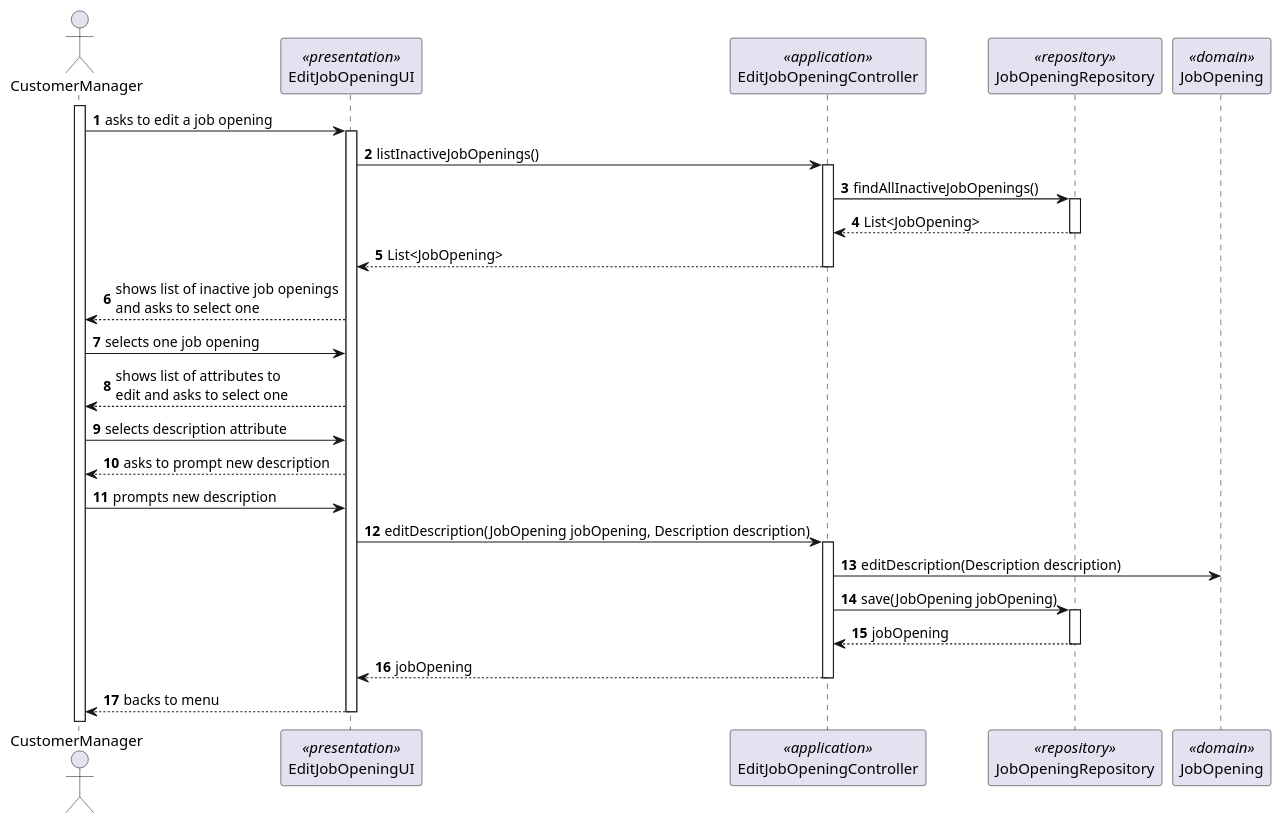
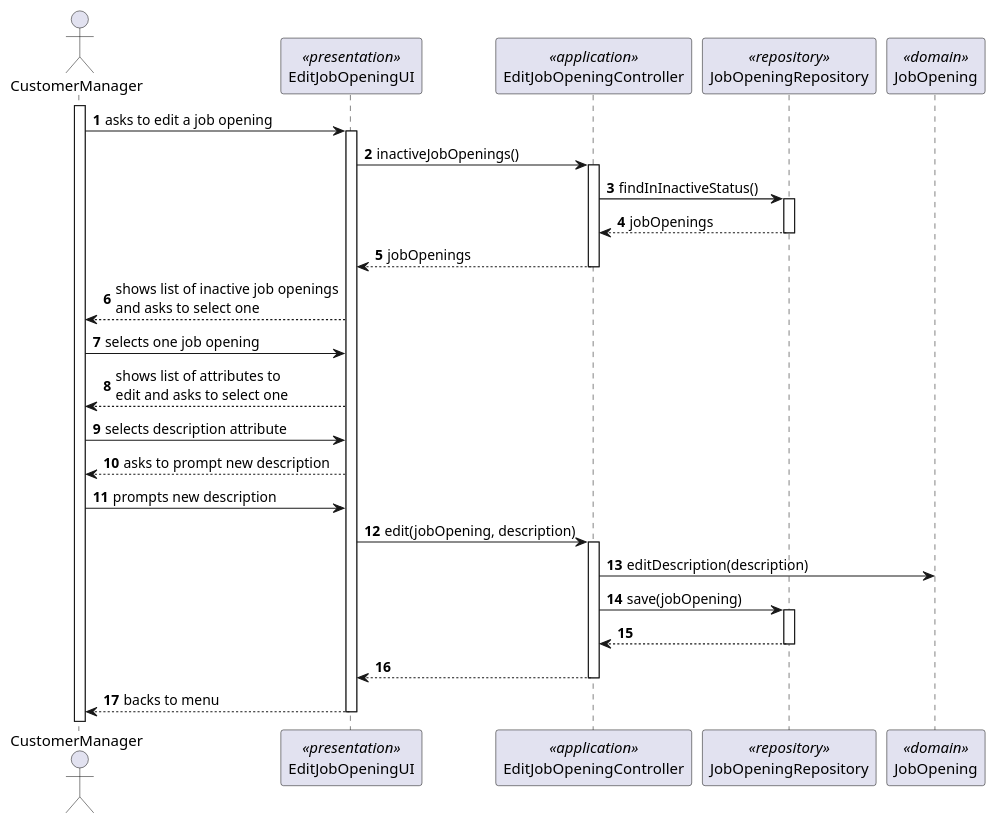
One commit to Rodrick0209/ISEP-SEM4PI-23-24 changed the diagram in docs/SprintC/us1004/SD/SD-Edit-Description.puml. Above: the diagram before and after it, drawn with PlantUML. The commit also changed 15 other files, not shown here.

```diff
--- a/docs/SprintC/us1004/SD/SD-Edit-Description.puml
+++ b/docs/SprintC/us1004/SD/SD-Edit-Description.puml
@@ -1,40 +1,40 @@
 @startuml
 'https://plantuml.com/sequence-diagram
 
 autonumber
 
 actor CustomerManager
 participant EditJobOpeningUI <<presentation>>
 participant EditJobOpeningController <<application>>
 participant JobOpeningRepository <<repository>>
 participant JobOpening <<domain>>
 
 activate CustomerManager
 CustomerManager -> EditJobOpeningUI : asks to edit a job opening
 activate EditJobOpeningUI
-EditJobOpeningUI -> EditJobOpeningController : listInactiveJobOpenings()
+EditJobOpeningUI -> EditJobOpeningController : inactiveJobOpenings()
 activate EditJobOpeningController
-EditJobOpeningController -> JobOpeningRepository : findAllInactiveJobOpenings()
+EditJobOpeningController -> JobOpeningRepository : findInInactiveStatus()
 activate JobOpeningRepository
-JobOpeningRepository --> EditJobOpeningController : List<JobOpening>
+JobOpeningRepository --> EditJobOpeningController : jobOpenings
 deactivate JobOpeningRepository
-EditJobOpeningController --> EditJobOpeningUI : List<JobOpening>
+EditJobOpeningController --> EditJobOpeningUI : jobOpenings
 deactivate EditJobOpeningController
 EditJobOpeningUI --> CustomerManager : shows list of inactive job openings\nand asks to select one
 CustomerManager -> EditJobOpeningUI : selects one job opening
 EditJobOpeningUI --> CustomerManager : shows list of attributes to\nedit and asks to select one
 CustomerManager -> EditJobOpeningUI : selects description attribute
 EditJobOpeningUI --> CustomerManager : asks to prompt new description
 CustomerManager -> EditJobOpeningUI : prompts new description
-EditJobOpeningUI -> EditJobOpeningController : editDescription(JobOpening jobOpening, Description description)
+EditJobOpeningUI -> EditJobOpeningController : edit(jobOpening, description)
 activate EditJobOpeningController
-EditJobOpeningController -> JobOpening : editDescription(Description description)
-EditJobOpeningController -> JobOpeningRepository : save(JobOpening jobOpening)
+EditJobOpeningController -> JobOpening : editDescription(description)
+EditJobOpeningController -> JobOpeningRepository : save(jobOpening)
 activate JobOpeningRepository
-JobOpeningRepository --> EditJobOpeningController : jobOpening
+JobOpeningRepository --> EditJobOpeningController :
 deactivate JobOpeningRepository
-EditJobOpeningController --> EditJobOpeningUI : jobOpening
+EditJobOpeningController --> EditJobOpeningUI :
 deactivate EditJobOpeningController
 EditJobOpeningUI --> CustomerManager : backs to menu
 deactivate EditJobOpeningUI
 @enduml
```
